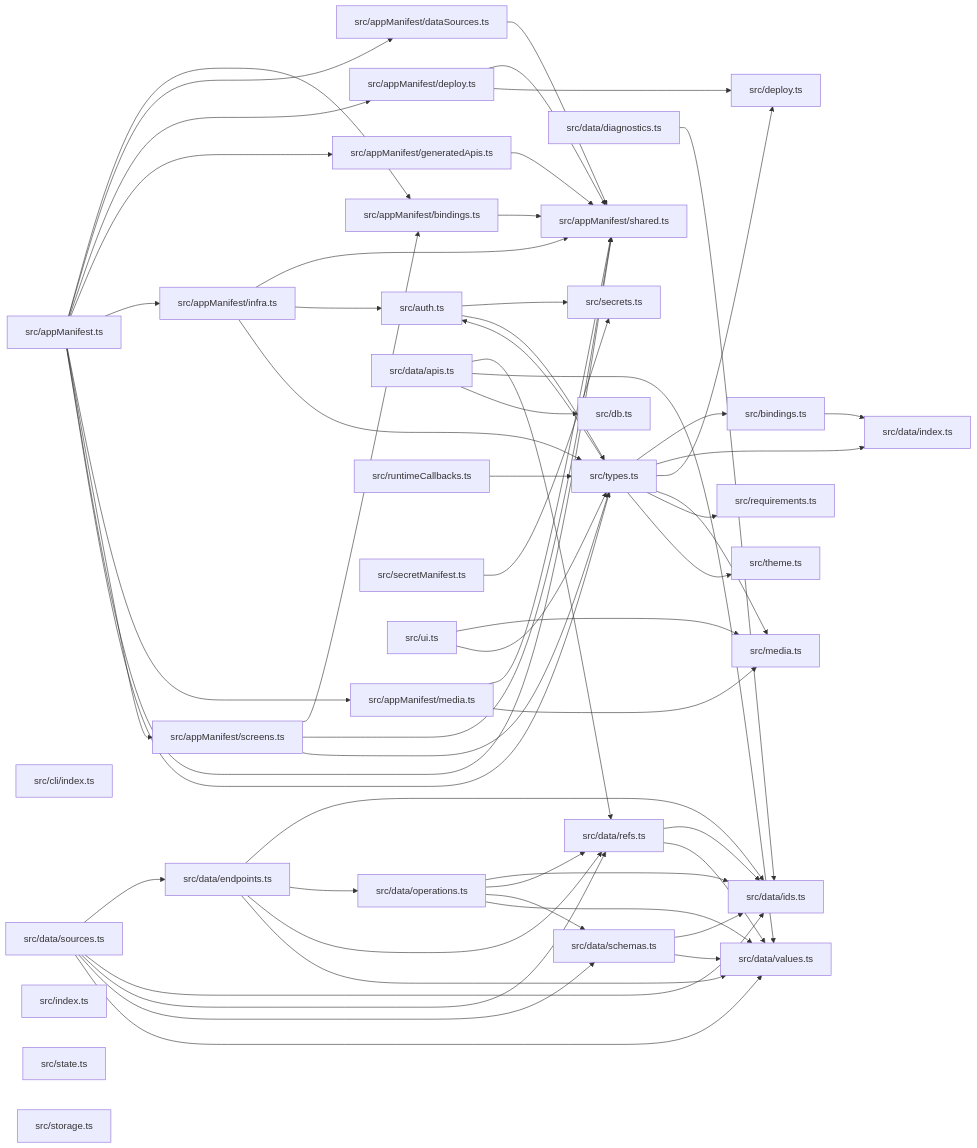
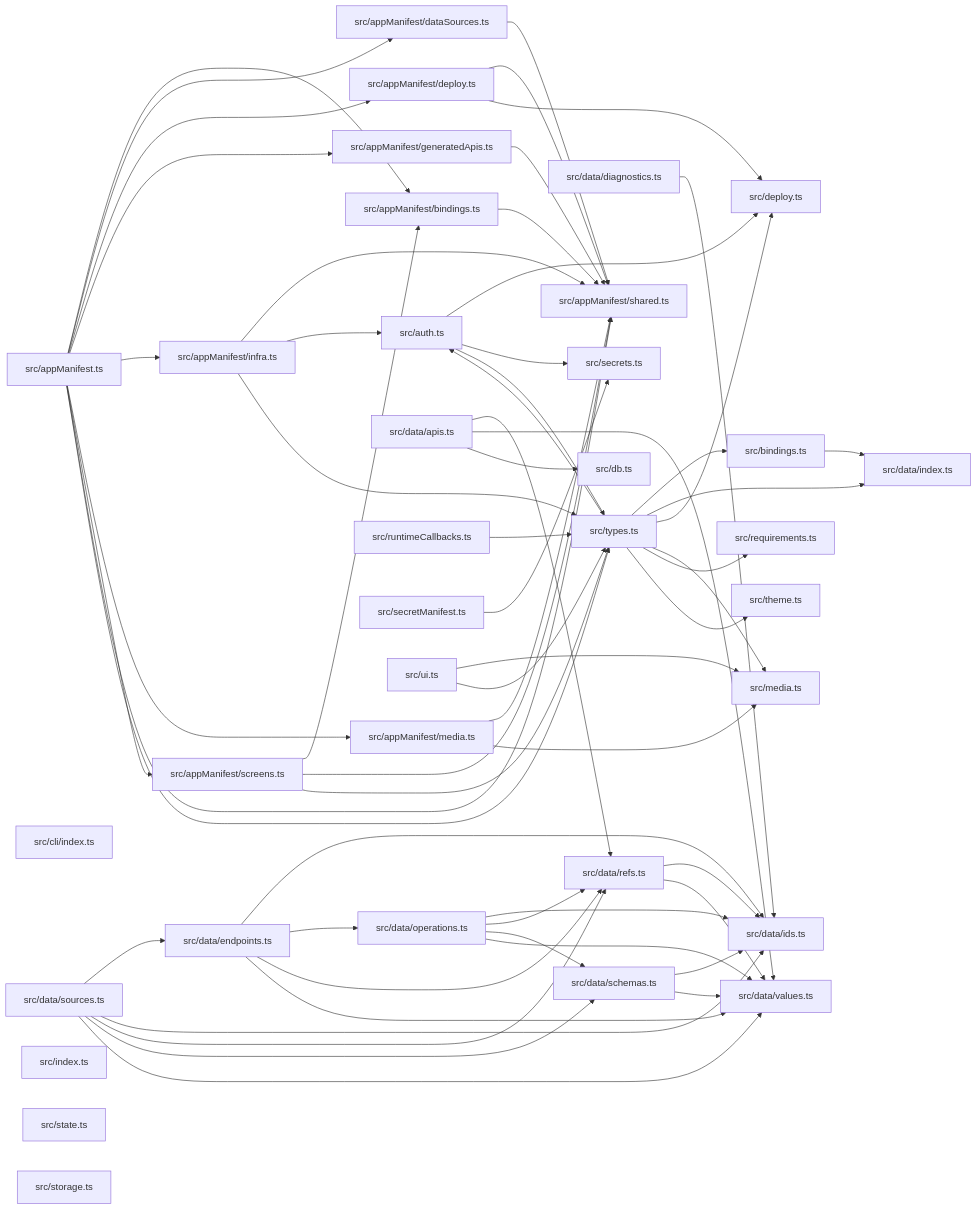
One commit to ankhorage/contracts changed the diagram in paradox/diagrams/module-relationships.mmd. Above: the diagram before and after it, drawn with Mermaid. The commit also changed 11 other files, not shown here.

```diff
--- a/paradox/diagrams/module-relationships.mmd
+++ b/paradox/diagrams/module-relationships.mmd
@@ -1,93 +1,94 @@
 graph LR
   module_src_appManifest_ts["src/appManifest.ts"]
   module_src_appManifest_bindings_ts["src/appManifest/bindings.ts"]
   module_src_appManifest_dataSources_ts["src/appManifest/dataSources.ts"]
   module_src_appManifest_deploy_ts["src/appManifest/deploy.ts"]
   module_src_appManifest_generatedApis_ts["src/appManifest/generatedApis.ts"]
   module_src_appManifest_infra_ts["src/appManifest/infra.ts"]
   module_src_appManifest_media_ts["src/appManifest/media.ts"]
   module_src_appManifest_screens_ts["src/appManifest/screens.ts"]
   module_src_appManifest_shared_ts["src/appManifest/shared.ts"]
   module_src_auth_ts["src/auth.ts"]
   module_src_bindings_ts["src/bindings.ts"]
   module_src_cli_index_ts["src/cli/index.ts"]
   module_src_data_apis_ts["src/data/apis.ts"]
   module_src_data_diagnostics_ts["src/data/diagnostics.ts"]
   module_src_data_endpoints_ts["src/data/endpoints.ts"]
   module_src_data_ids_ts["src/data/ids.ts"]
   module_src_data_index_ts["src/data/index.ts"]
   module_src_data_operations_ts["src/data/operations.ts"]
   module_src_data_refs_ts["src/data/refs.ts"]
   module_src_data_schemas_ts["src/data/schemas.ts"]
   module_src_data_sources_ts["src/data/sources.ts"]
   module_src_data_values_ts["src/data/values.ts"]
   module_src_db_ts["src/db.ts"]
   module_src_deploy_ts["src/deploy.ts"]
   module_src_index_ts["src/index.ts"]
   module_src_media_ts["src/media.ts"]
   module_src_requirements_ts["src/requirements.ts"]
   module_src_runtimeCallbacks_ts["src/runtimeCallbacks.ts"]
   module_src_secretManifest_ts["src/secretManifest.ts"]
   module_src_secrets_ts["src/secrets.ts"]
   module_src_state_ts["src/state.ts"]
   module_src_storage_ts["src/storage.ts"]
   module_src_theme_ts["src/theme.ts"]
   module_src_types_ts["src/types.ts"]
   module_src_ui_ts["src/ui.ts"]
   module_src_appManifest_ts --> module_src_appManifest_bindings_ts
   module_src_appManifest_ts --> module_src_appManifest_dataSources_ts
   module_src_appManifest_ts --> module_src_appManifest_deploy_ts
   module_src_appManifest_ts --> module_src_appManifest_generatedApis_ts
   module_src_appManifest_ts --> module_src_appManifest_infra_ts
   module_src_appManifest_ts --> module_src_appManifest_media_ts
   module_src_appManifest_ts --> module_src_appManifest_screens_ts
   module_src_appManifest_ts --> module_src_appManifest_shared_ts
   module_src_appManifest_ts --> module_src_types_ts
   module_src_appManifest_bindings_ts --> module_src_appManifest_shared_ts
   module_src_appManifest_dataSources_ts --> module_src_appManifest_shared_ts
   module_src_appManifest_deploy_ts --> module_src_appManifest_shared_ts
   module_src_appManifest_deploy_ts --> module_src_deploy_ts
   module_src_appManifest_generatedApis_ts --> module_src_appManifest_shared_ts
   module_src_appManifest_infra_ts --> module_src_appManifest_shared_ts
   module_src_appManifest_infra_ts --> module_src_auth_ts
   module_src_appManifest_infra_ts --> module_src_types_ts
   module_src_appManifest_media_ts --> module_src_appManifest_shared_ts
   module_src_appManifest_media_ts --> module_src_media_ts
   module_src_appManifest_screens_ts --> module_src_appManifest_bindings_ts
   module_src_appManifest_screens_ts --> module_src_appManifest_shared_ts
   module_src_appManifest_screens_ts --> module_src_types_ts
+  module_src_auth_ts --> module_src_deploy_ts
   module_src_auth_ts --> module_src_secrets_ts
   module_src_auth_ts --> module_src_types_ts
   module_src_bindings_ts --> module_src_data_index_ts
   module_src_data_apis_ts --> module_src_data_refs_ts
   module_src_data_apis_ts --> module_src_data_values_ts
   module_src_data_apis_ts --> module_src_db_ts
   module_src_data_diagnostics_ts --> module_src_data_ids_ts
   module_src_data_endpoints_ts --> module_src_data_ids_ts
   module_src_data_endpoints_ts --> module_src_data_operations_ts
   module_src_data_endpoints_ts --> module_src_data_refs_ts
   module_src_data_endpoints_ts --> module_src_data_values_ts
   module_src_data_operations_ts --> module_src_data_ids_ts
   module_src_data_operations_ts --> module_src_data_refs_ts
   module_src_data_operations_ts --> module_src_data_schemas_ts
   module_src_data_operations_ts --> module_src_data_values_ts
   module_src_data_refs_ts --> module_src_data_ids_ts
   module_src_data_refs_ts --> module_src_data_values_ts
   module_src_data_schemas_ts --> module_src_data_ids_ts
   module_src_data_schemas_ts --> module_src_data_values_ts
   module_src_data_sources_ts --> module_src_data_endpoints_ts
   module_src_data_sources_ts --> module_src_data_ids_ts
   module_src_data_sources_ts --> module_src_data_refs_ts
   module_src_data_sources_ts --> module_src_data_schemas_ts
   module_src_data_sources_ts --> module_src_data_values_ts
   module_src_runtimeCallbacks_ts --> module_src_types_ts
   module_src_secretManifest_ts --> module_src_secrets_ts
   module_src_types_ts --> module_src_auth_ts
   module_src_types_ts --> module_src_bindings_ts
   module_src_types_ts --> module_src_data_index_ts
   module_src_types_ts --> module_src_deploy_ts
   module_src_types_ts --> module_src_media_ts
   module_src_types_ts --> module_src_requirements_ts
   module_src_types_ts --> module_src_theme_ts
   module_src_ui_ts --> module_src_media_ts
   module_src_ui_ts --> module_src_types_ts
```
